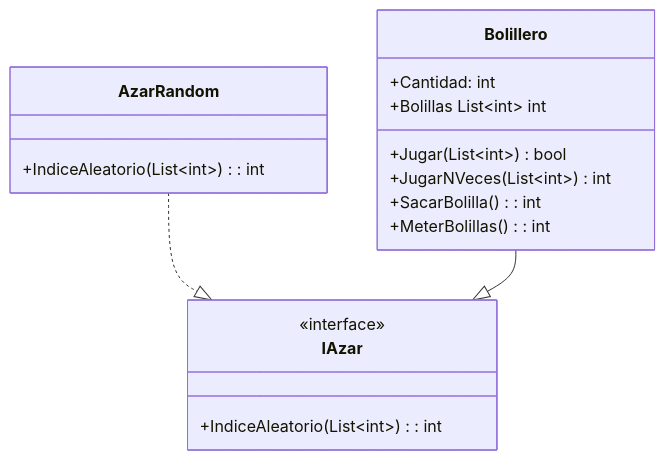
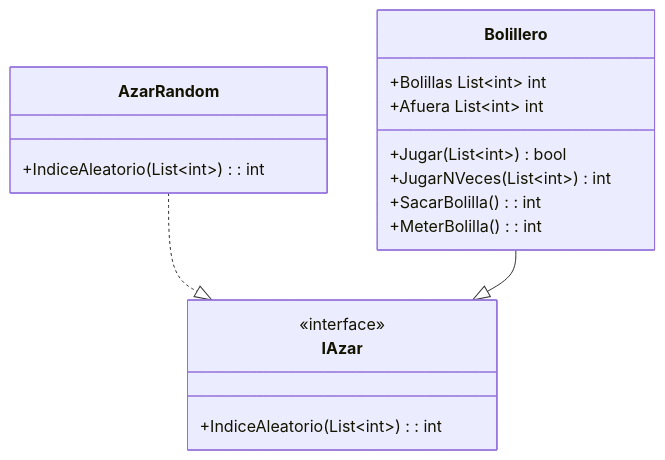
Before and after one commit to abrilchauq/Bolillero: the diagram in docs/README.md, drawn with Mermaid. The commit also changed 2 other files, not shown here.

Commit message:
metodos, iazar

````diff
--- a/docs/README.md
+++ b/docs/README.md
@@ -3,25 +3,25 @@
 ```mermaid
 classDiagram
     class Bolillero{
-        +Cantidad: int 
         +Bolillas List~int~ int
+        +Afuera List~int~ int 
         +Jugar (List~int~) bool 
         +JugarNVeces (List~int~) int
         +SacarBolilla(): int
-        +MeterBolillas(): int 
+        +MeterBolilla(): int 
     }
 
     class IAzar{
         <<interface>>
         +IndiceAleatorio(List~int~): int 
     }
 
     class AzarRandom{
         +IndiceAleatorio(List~int~): int 
     }
 
 
 AzarRandom ..|> IAzar
 Bolillero --|> IAzar
 
 ```
````
